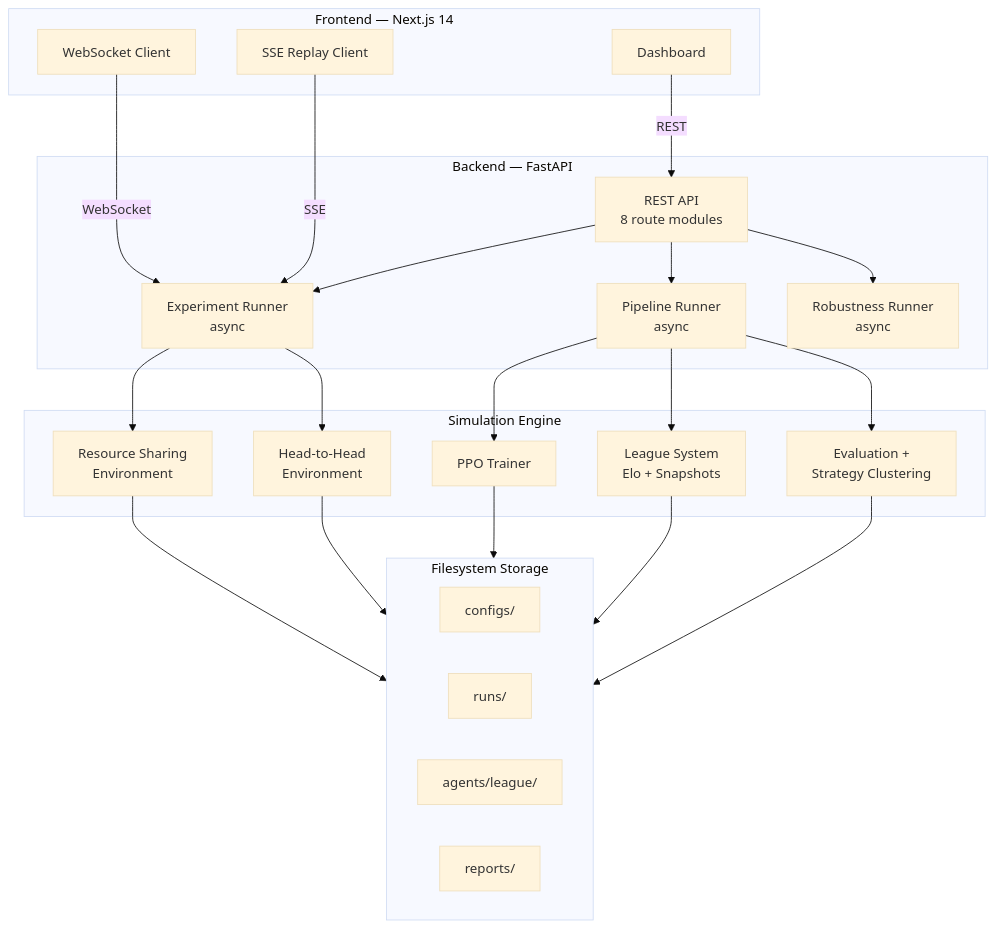
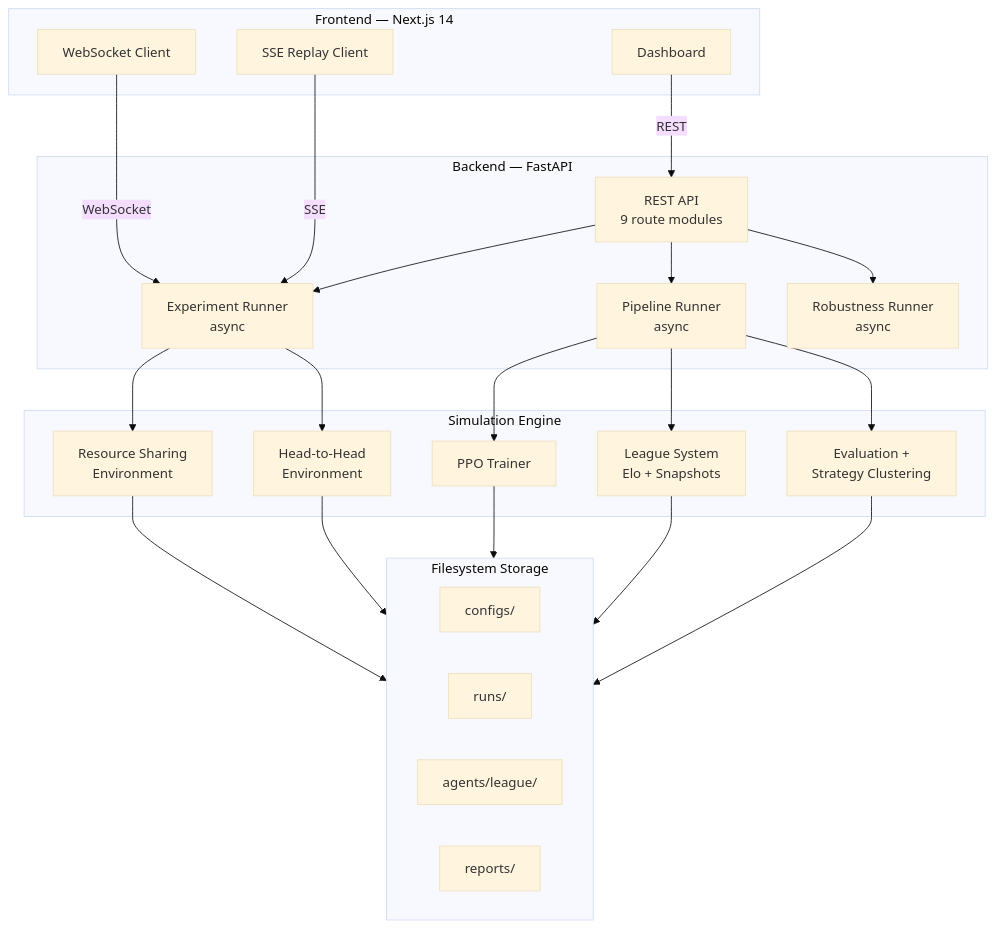
Before and after one commit to Harsh-617/multi-agent-sim: the second of 3 diagrams in README.md, drawn with Mermaid (base theme). The commit also changed other lines of this file and 2 other files, not shown here.

````diff
--- a/README.md
+++ b/README.md
@@ -50,47 +50,47 @@
 ```mermaid
 flowchart TD
     subgraph Frontend["Frontend — Next.js 14"]
         UI[Dashboard]
         WS[WebSocket Client]
         SSE[SSE Replay Client]
     end
 
     subgraph Backend["Backend — FastAPI"]
-        API[REST API\n8 route modules]
+        API[REST API\n9 route modules]
         Runner[Experiment Runner\nasync]
         Pipeline[Pipeline Runner\nasync]
         Robustness[Robustness Runner\nasync]
     end
 
     subgraph Simulation["Simulation Engine"]
         Mixed[Resource Sharing\nEnvironment]
         Competitive[Head-to-Head\nEnvironment]
         PPO[PPO Trainer]
         League[League System\nElo + Snapshots]
         Eval[Evaluation +\nStrategy Clustering]
     end
 
     subgraph Storage["Filesystem Storage"]
         Configs[configs/]
         Runs[runs/]
         Agents[agents/league/]
         Reports[reports/]
     end
 
     UI -->|REST| API
     WS -->|WebSocket| Runner
     SSE -->|SSE| Runner
     API --> Runner
     API --> Pipeline
     API --> Robustness
     Runner --> Mixed
     Runner --> Competitive
     Pipeline --> PPO
     Pipeline --> League
     Pipeline --> Eval
     Mixed --> Storage
     Competitive --> Storage
     PPO --> Storage
     League --> Storage
     Eval --> Storage
 ```
````
